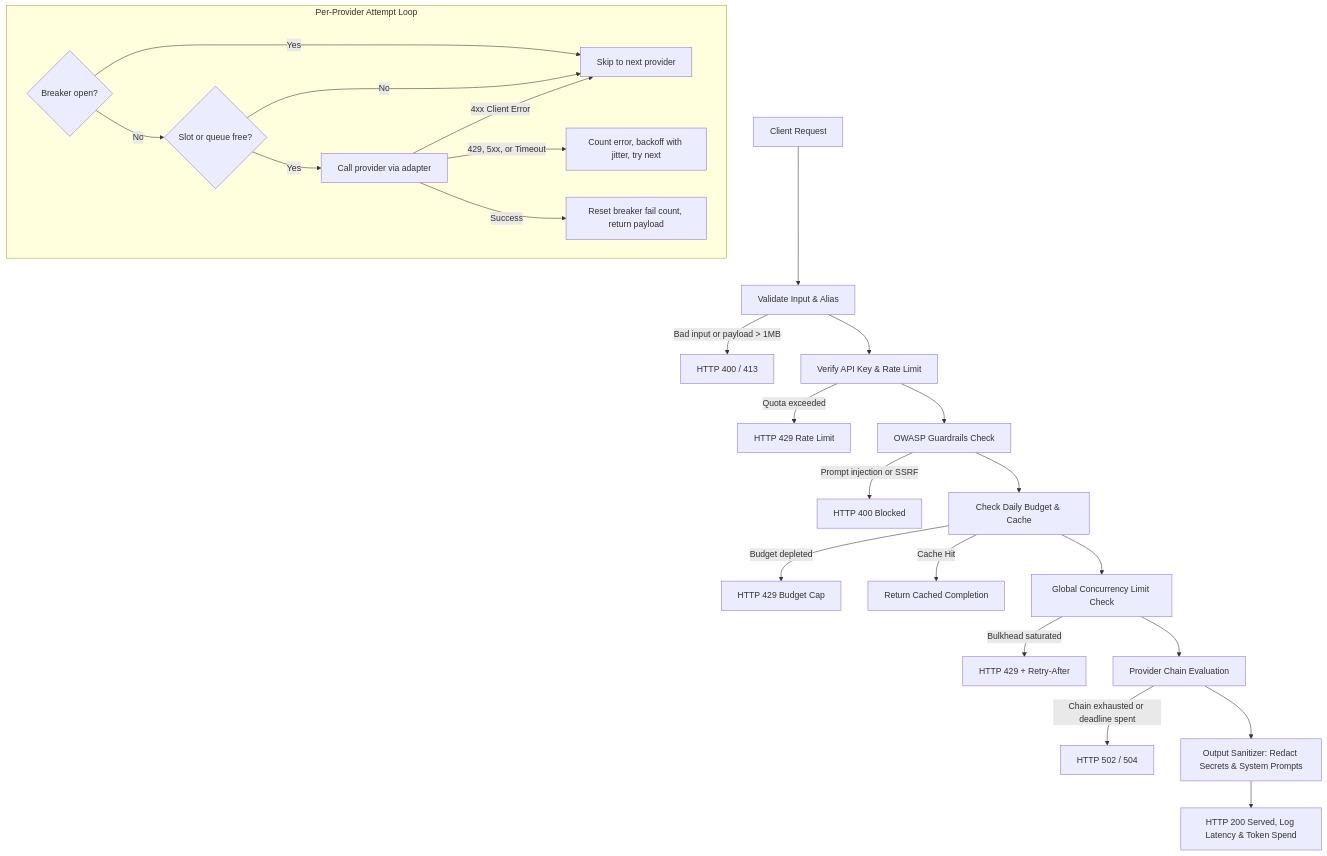
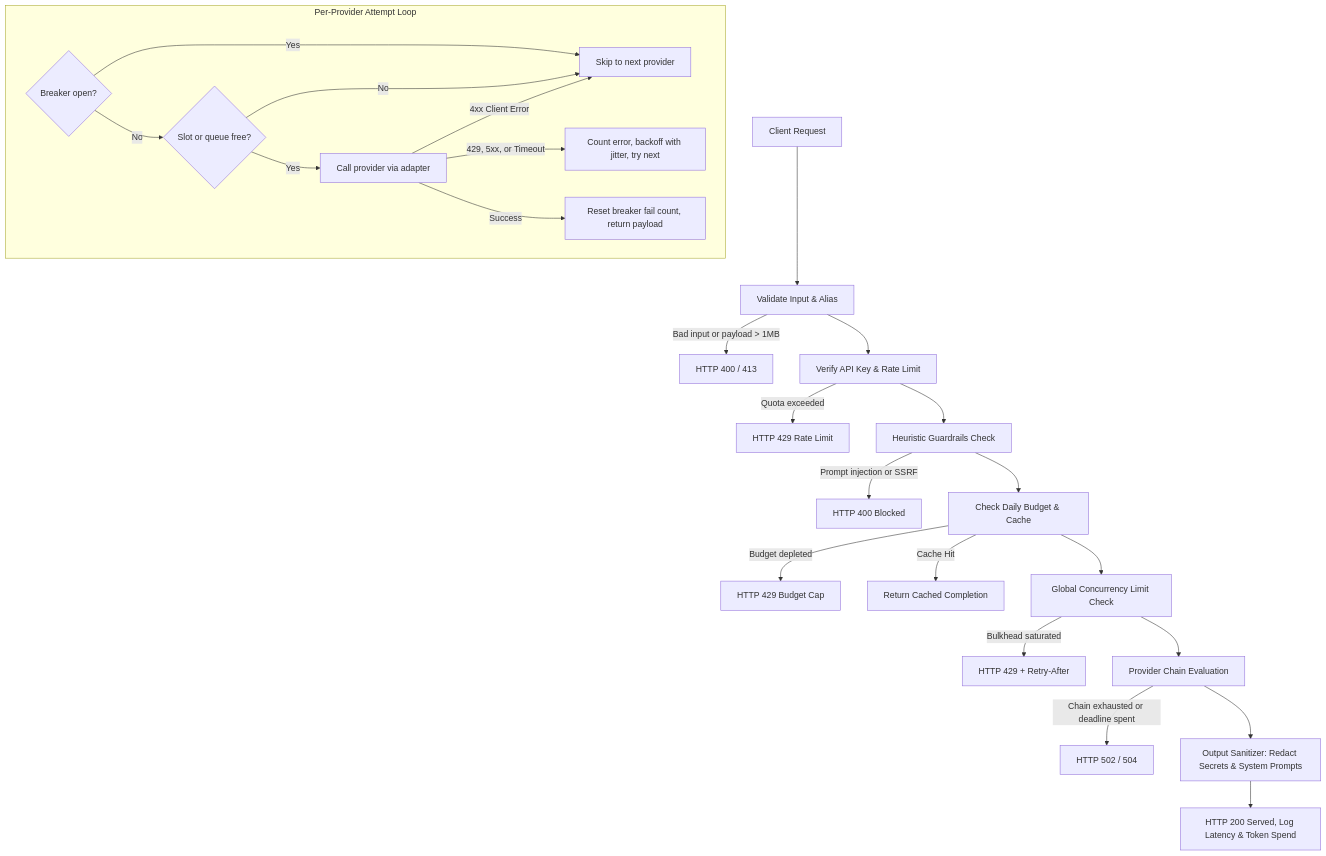
One commit to Tushar01yadav/LLM-Gateway changed the second of 2 diagrams in README.md. Above: the diagram before and after it, drawn with Mermaid. The commit also changed other lines of this file and 66 other files, not shown here.

````diff
--- a/README.md
+++ b/README.md
@@ -124,28 +140,28 @@
 ```mermaid
 flowchart TD
     C[Client Request] --> V[Validate Input & Alias]
     V -->|Bad input or payload > 1MB| E400[HTTP 400 / 413]
     V --> AUTH[Verify API Key & Rate Limit]
     AUTH -->|Quota exceeded| E429_R[HTTP 429 Rate Limit]
-    AUTH --> OWASP[OWASP Guardrails Check]
-    OWASP -->|Prompt injection or SSRF| E400_SEC[HTTP 400 Blocked]
-    OWASP --> COST[Check Daily Budget & Cache]
+    AUTH --> GUARD[Heuristic Guardrails Check]
+    GUARD -->|Prompt injection or SSRF| E400_SEC[HTTP 400 Blocked]
+    GUARD --> COST[Check Daily Budget & Cache]
     COST -->|Budget depleted| E429_B[HTTP 429 Budget Cap]
     COST -->|Cache Hit| RET_CACHE[Return Cached Completion]
     COST --> G[Global Concurrency Limit Check]
     G -->|Bulkhead saturated| E429_L[HTTP 429 + Retry-After]
     G --> P[Provider Chain Evaluation]
     P -->|Chain exhausted or deadline spent| E502[HTTP 502 / 504]
     P --> SAN[Output Sanitizer: Redact Secrets & System Prompts]
     SAN --> OK[HTTP 200 Served, Log Latency & Token Spend]
 
     subgraph Loop["Per-Provider Attempt Loop"]
         B{Breaker open?} -->|Yes| N[Skip to next provider]
         B -->|No| S{Slot or queue free?}
         S -->|No| N
         S -->|Yes| CALL[Call provider via adapter]
         CALL -->|429, 5xx, or Timeout| R[Count error, backoff with jitter, try next]
         CALL -->|4xx Client Error| N
         CALL -->|Success| RECORD[Reset breaker fail count, return payload]
     end
 ```
````
